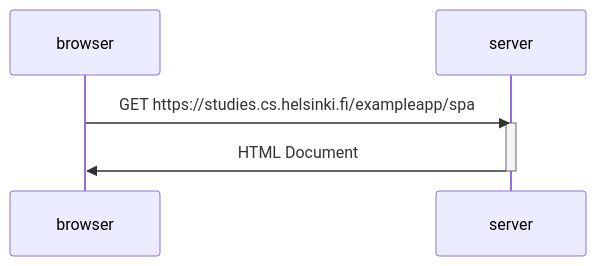
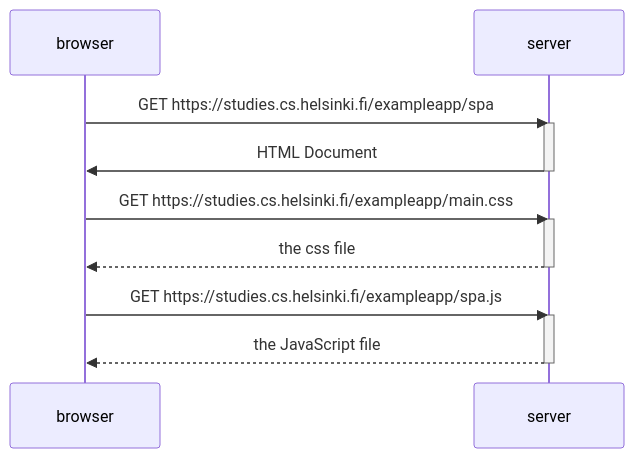
One commit to GJoseI/FullStackOpen-Part0 changed the diagram in exercise5.md. Above: the diagram before and after it, drawn with Mermaid.

````diff
--- a/exercise5.md
+++ b/exercise5.md
@@ -1,12 +1,21 @@
 ```mermaid
 
 sequenceDiagram
     participant browser
     participant server
     
     browser->>server: GET https://studies.cs.helsinki.fi/exampleapp/spa
     activate server
     server->>browser: HTML Document
     deactivate server
     
+    browser->>server: GET https://studies.cs.helsinki.fi/exampleapp/main.css
+    activate server
+    server-->>browser: the css file
+    deactivate server
+
+    browser->>server: GET https://studies.cs.helsinki.fi/exampleapp/spa.js
+    activate server
+    server-->>browser: the JavaScript file
+    deactivate server
 ```
````
